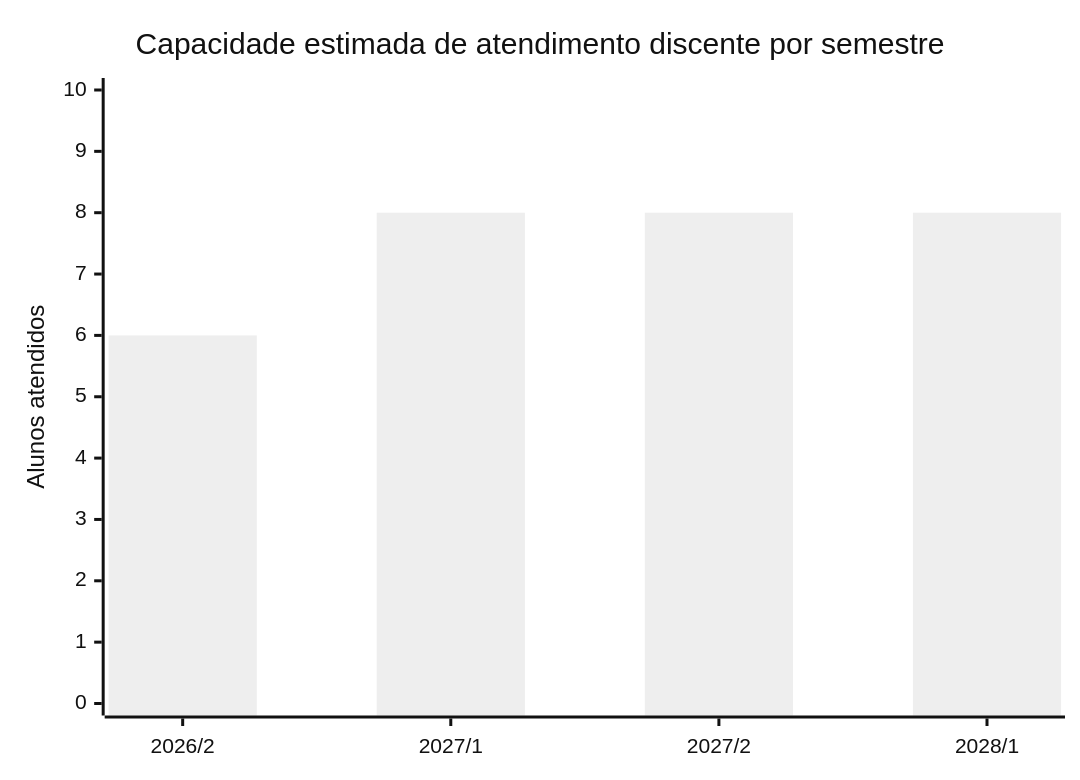
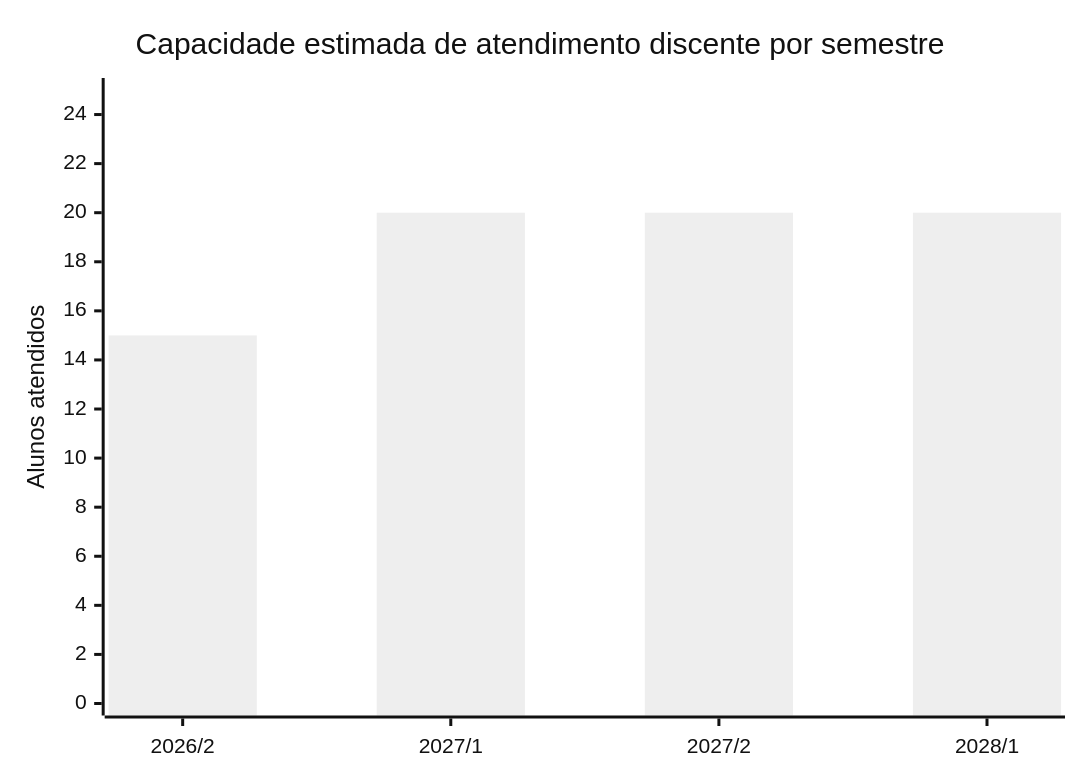
The second of 7 diagrams in README.md (monteiro74/integratech-sinop), drawn with Mermaid (neutral theme) before and after one commit. The commit also changed other lines of this file, not shown here.

````diff
--- a/README.md
+++ b/README.md
@@ -363,7 +369,7 @@
 ```mermaid
 xychart-beta
     title "Capacidade estimada de atendimento discente por semestre"
     x-axis ["2026/2", "2027/1", "2027/2", "2028/1"]
-    y-axis "Alunos atendidos" 0 --> 10
-    bar [6, 8, 8, 8]
+    y-axis "Alunos atendidos" 0 --> 25
+    bar [15, 20, 20, 20]
 ```
````
